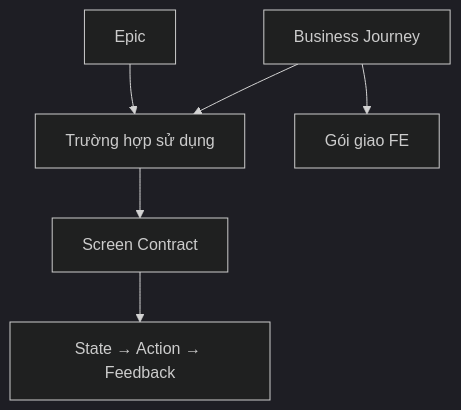
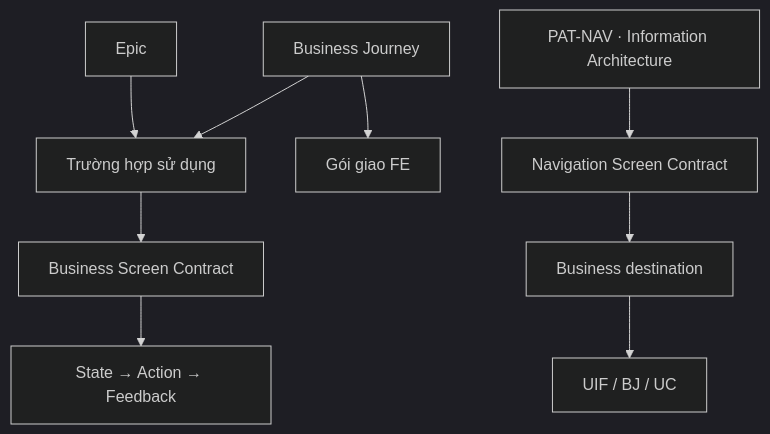
The diagram in specs/themes/theme-07/03.design/patterns/PAT-UI-UX.md (DsChien102/erp-sales-inventory), drawn with Mermaid (dark theme) before and after one commit. The commit also changed other lines of this file and 3179 other files, not shown here.

````diff
--- a/specs/themes/theme-07/03.design/patterns/PAT-UI-UX.md
+++ b/specs/themes/theme-07/03.design/patterns/PAT-UI-UX.md
@@ -38,8 +38,12 @@
 ```mermaid
 flowchart TD
     BJ["Business Journey"] --> UC["Trường hợp sử dụng"]
     EP["Epic"] --> UC
-    UC --> SC["Screen Contract"]
-    SC --> ST["State → Action → Feedback"]
+    UC --> BSC["Business Screen Contract"]
+    BSC --> ST["State → Action → Feedback"]
     BJ --> FE["Gói giao FE"]
+
+    IA["PAT-NAV · Information Architecture"] --> NSC["Navigation Screen Contract"]
+    NSC --> DST["Business destination"]
+    DST --> UIF["UIF / BJ / UC"]
 ```
````
